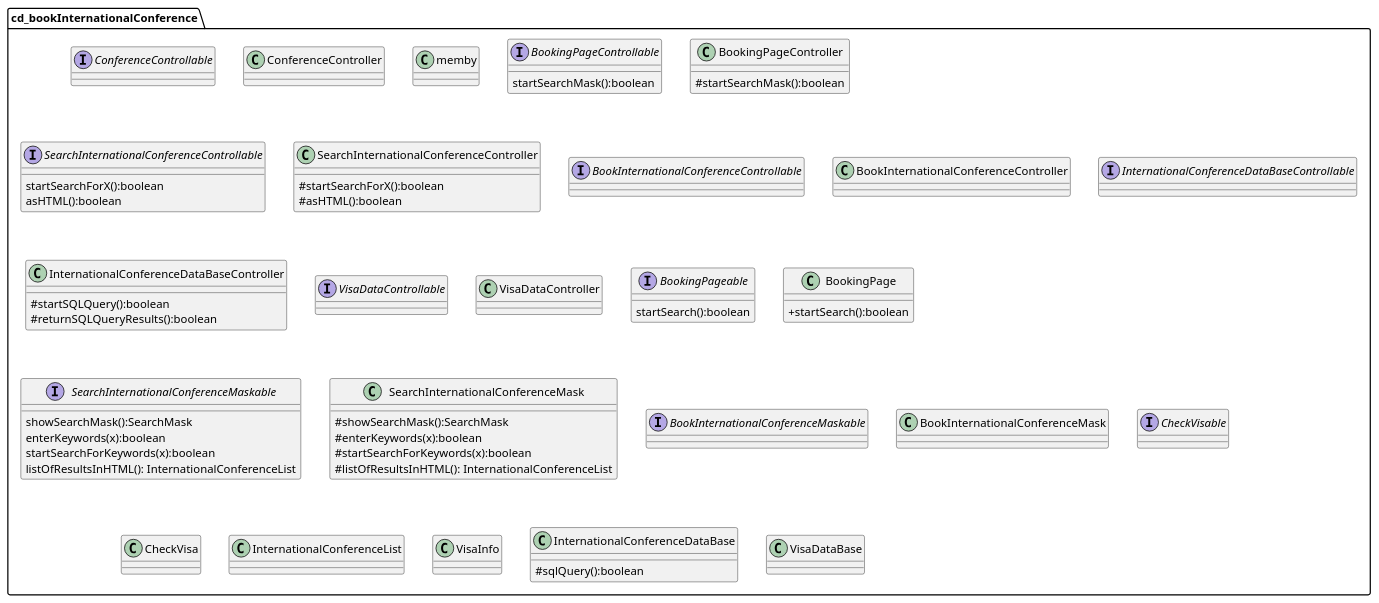
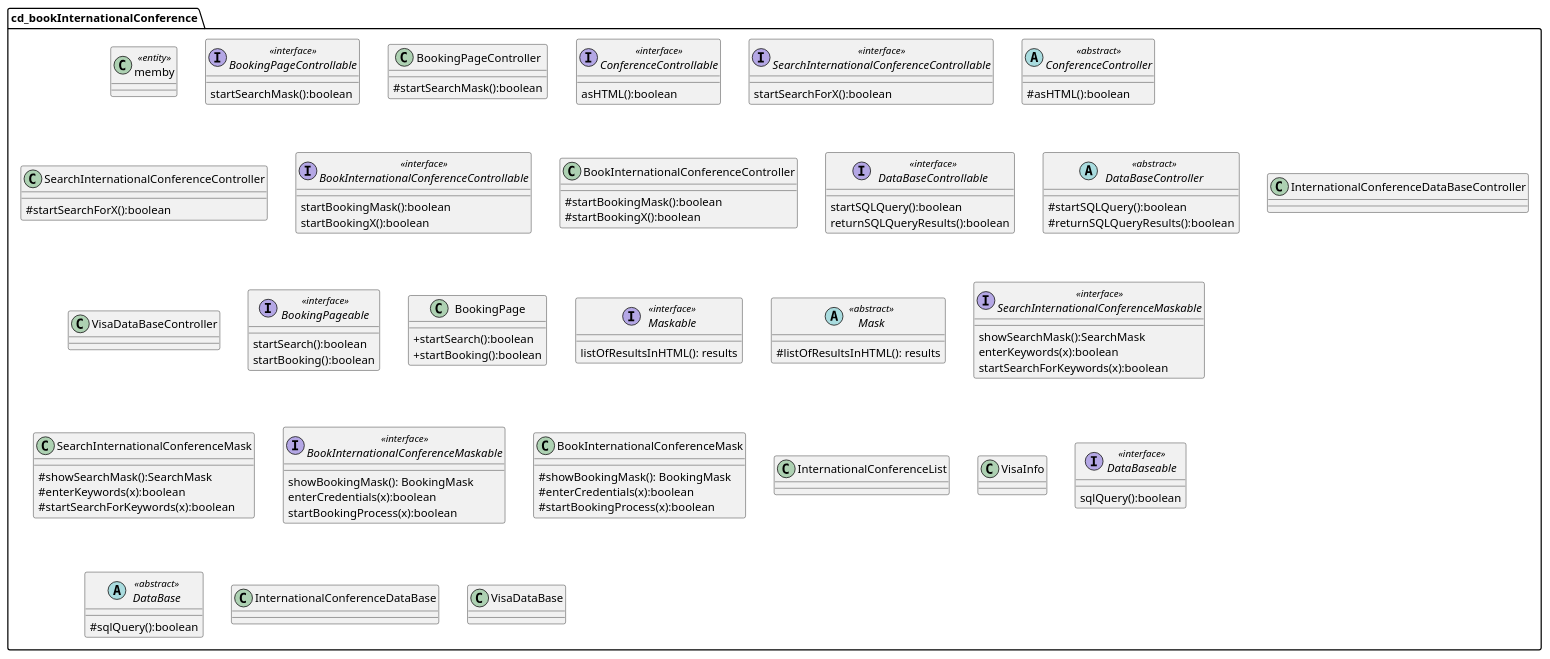
Before and after one commit to 1nbetw33n/Parkhaus_new: the diagram in src/main/personal_spaces/bella/exercise5/cd_bookInternationalConference.puml, drawn with PlantUML.

Commit message:
Added entity, class and interface decorators.

```diff
--- a/src/main/personal_spaces/bella/exercise5/cd_bookInternationalConference.puml
+++ b/src/main/personal_spaces/bella/exercise5/cd_bookInternationalConference.puml
@@ -1,140 +1,158 @@
 @startuml
 skinparam classAttributeIconSize 0
 
 package cd_bookInternationalConference {
 
-    interface ConferenceControllable {
-
-    }
-
-    class ConferenceController {
-
-    }
-
 
     class memby {
-
     }
 
 
     interface BookingPageControllable {
         startSearchMask():boolean
     }
 
     class BookingPageController{
         #startSearchMask():boolean
     }
 
 
+    interface ConferenceControllable {
+        asHTML():boolean
+    }
+
     interface SearchInternationalConferenceControllable {
         startSearchForX():boolean
-        asHTML():boolean
+    }
+
+    abstract class ConferenceController {
+        #asHTML():boolean
     }
 
     class SearchInternationalConferenceController {
         #startSearchForX():boolean
-        #asHTML():boolean
     }
 
 
     interface BookInternationalConferenceControllable {
-
+        startBookingMask():boolean
+        startBookingX():boolean
     }
 
     class BookInternationalConferenceController {
-
+        #startBookingMask():boolean
+        #startBookingX():boolean
     }
 
 
-    interface InternationalConferenceDataBaseControllable {
-
+    interface DataBaseControllable {
+        startSQLQuery():boolean
+        returnSQLQueryResults():boolean
     }
 
-    class InternationalConferenceDataBaseController {
+    abstract class DataBaseController {
         #startSQLQuery():boolean
         #returnSQLQueryResults():boolean
     }
 
-
-    interface VisaDataControllable {
-
+    class InternationalConferenceDataBaseController {
     }
 
-    class VisaDataController {
-
+    class VisaDataBaseController {
     }
 
 
     interface BookingPageable {
-    startSearch():boolean
+        startSearch():boolean
+        startBooking():boolean
+    }
 
+    class BookingPage {
+        +startSearch():boolean
+        +startBooking():boolean
     }
 
 
-    class BookingPage {
-    +startSearch():boolean
+    interface Maskable {
+        listOfResultsInHTML(): results
     }
 
+    abstract class Mask {
+        #listOfResultsInHTML(): results
+    }
 
     interface SearchInternationalConferenceMaskable {
         showSearchMask():SearchMask
         enterKeywords(x):boolean
         startSearchForKeywords(x):boolean
-        listOfResultsInHTML(): InternationalConferenceList
     }
-
 
     class SearchInternationalConferenceMask {
         #showSearchMask():SearchMask
         #enterKeywords(x):boolean
         #startSearchForKeywords(x):boolean
-        #listOfResultsInHTML(): InternationalConferenceList
+    }
+
+    interface BookInternationalConferenceMaskable {
+        showBookingMask(): BookingMask
+        enterCredentials(x):boolean
+        startBookingProcess(x):boolean
+    }
+
+    class BookInternationalConferenceMask {
+        #showBookingMask(): BookingMask
+        #enterCredentials(x):boolean
+        #startBookingProcess(x):boolean
     }
 
 
-    interface BookInternationalConferenceMaskable {
 
+    class InternationalConferenceList {
+    }
+
+    class VisaInfo {
     }
 
 
-    class BookInternationalConferenceMask {
+    interface DataBaseable {
+        sqlQuery():boolean
+    }
 
+    abstract class DataBase {
+        #sqlQuery():boolean
+    }
+
+    class InternationalConferenceDataBase {
+    }
+
+    class VisaDataBase {
     }
 
 
-    interface CheckVisable {
-
-    }
+    memby <<entity>>
+    BookingPageControllable <<interface>>
+    ConferenceControllable <<interface>>
+    SearchInternationalConferenceControllable <<interface>>
+    BookInternationalConferenceControllable <<interface>>
+    DataBaseControllable <<interface>>
+    BookingPageable <<interface>>
+    Maskable <<interface>>
+    SearchInternationalConferenceMaskable <<interface>>
+    BookInternationalConferenceMaskable <<interface>>
+    DataBaseable <<interface>>
+    ConferenceController <<abstract>>
+    DataBaseController <<abstract>>
+    Mask <<abstract>>
+    DataBase <<abstract>>
 
 
-    class CheckVisa {
-
-    }
 
 
-    class InternationalConferenceList {
-
-    }
-
-
-    class VisaInfo {
-
-    }
-
-
-    class InternationalConferenceDataBase {
-        #sqlQuery():boolean
-    }
-
-
-    class VisaDataBase {
-
-    }
 
 
 
 
 
 
 }
 @enduml
```
